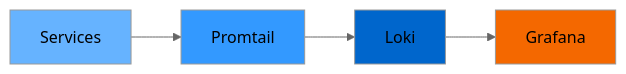
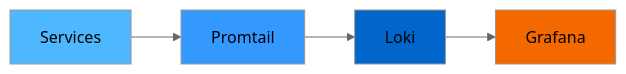
One commit to deepraj1729/complete-monitoring-stack changed the second of 2 diagrams in README.md. Above: the diagram before and after it, drawn with Mermaid (neutral theme). The commit also changed other lines of this file, not shown here.

Commit message:
Fixed the color scheme

````diff
--- a/README.md
+++ b/README.md
@@ -32,10 +32,10 @@
 ```mermaid
 graph LR
     A[Services] --> B[Promtail]
     B --> C[Loki]
     C --> D[Grafana]
-    style A fill:#66b3ff
+    style A fill:#4db8ff
     style B fill:#3399ff
     style C fill:#0066cc
     style D fill:#F46800
 ```
````
